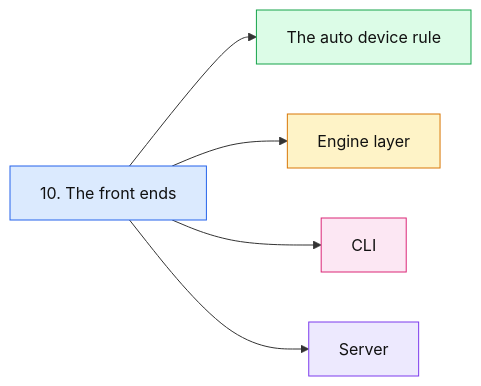
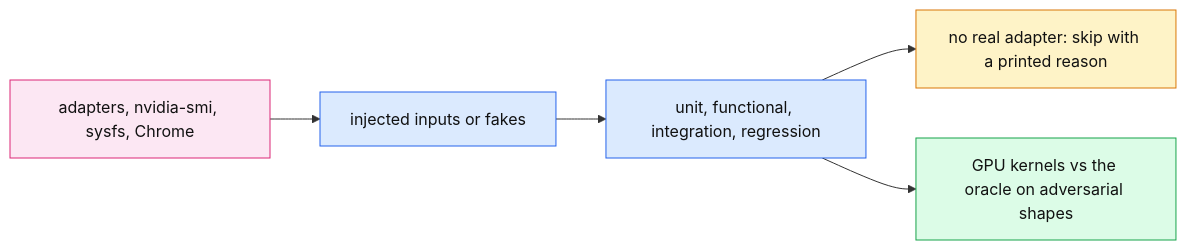
Before and after one commit to thomascherickal/ferrum-gpu: diagram 17 of 17 in docs/architecture.md, drawn with Mermaid. The commit also changed other lines of this file and 4 other files, not shown here.

First line of the commit message:
docs: hand-drawn data-flow diagrams for the readme, architecture and GUI pages

````diff
--- a/docs/architecture.md
+++ b/docs/architecture.md
@@ -301,13 +458,12 @@
 ```mermaid
 flowchart LR
-    a["10. The front ends"]:::root
-    a --> n0["The auto device rule"]:::c0
-    a --> n1["Engine layer"]:::c1
-    a --> n2["CLI"]:::c2
-    a --> n3["Server"]:::c3
-    classDef root fill:#dbeafe,stroke:#2563eb,color:#111
-    classDef c0 fill:#dcfce7,stroke:#16a34a,color:#111
-    classDef c1 fill:#fef3c7,stroke:#d97706,color:#111
-    classDef c2 fill:#fce7f3,stroke:#db2777,color:#111
-    classDef c3 fill:#ede9fe,stroke:#7c3aed,color:#111
+    ext["adapters, nvidia-smi, sysfs, Chrome"]:::io --> inj["injected inputs or fakes"]:::core
+    inj --> t["unit, functional, integration, regression"]:::core
+    t --> sk["no real adapter: skip with a printed reason"]:::cpu
+    t --> orc["GPU kernels vs the oracle on adversarial shapes"]:::gpu
+    classDef core fill:#dbeafe,stroke:#2563eb,color:#111
+    classDef gpu fill:#dcfce7,stroke:#16a34a,color:#111
+    classDef cpu fill:#fef3c7,stroke:#d97706,color:#111
+    classDef io fill:#fce7f3,stroke:#db2777,color:#111
+    classDef host fill:#ede9fe,stroke:#7c3aed,color:#111
 ```
````
